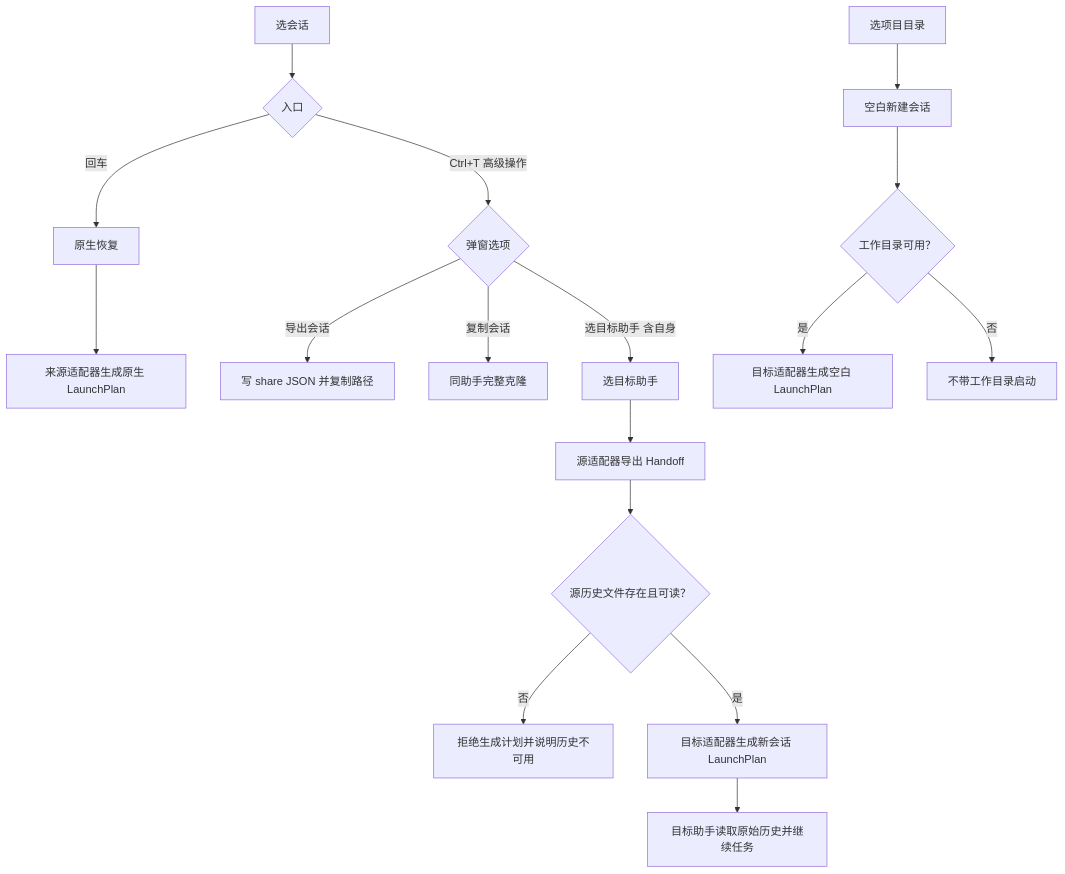
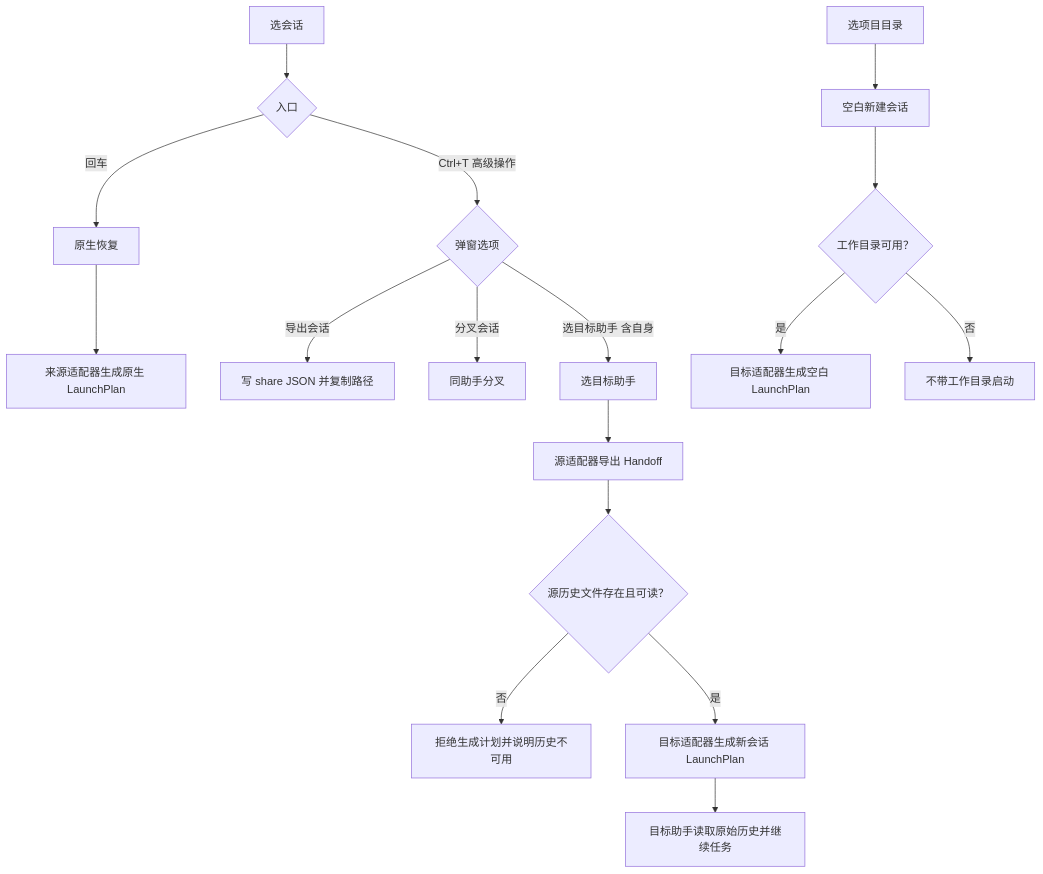
One commit to corral-dev/corral changed the diagram in docs/CROSS_RUNTIME_HANDOFF_KNOWLEDGE_BASE.md. Above: the diagram before and after it, drawn with Mermaid. The commit also changed other lines of this file and 18 other files, not shown here.

````diff
--- a/docs/CROSS_RUNTIME_HANDOFF_KNOWLEDGE_BASE.md
+++ b/docs/CROSS_RUNTIME_HANDOFF_KNOWLEDGE_BASE.md
@@ -35,20 +39,20 @@
 ```mermaid
 flowchart TD
     A[选会话] --> B{入口}
     B -- 回车 --> C[原生恢复]
     C --> D[来源适配器生成原生 LaunchPlan]
     B -- Ctrl+T 高级操作 --> P{弹窗选项}
     P -- 导出会话 --> Q[写 share JSON 并复制路径]
-    P -- 复制会话 --> R[同助手完整克隆]
+    P -- 分叉会话 --> R[同助手分叉]
     P -- 选目标助手 含自身 --> E[选目标助手]
     E --> F[源适配器导出 Handoff]
     F --> G{源历史文件存在且可读？}
     G -- 否 --> H[拒绝生成计划并说明历史不可用]
     G -- 是 --> I[目标适配器生成新会话 LaunchPlan]
     I --> J[目标助手读取原始历史并继续任务]
 
     K[选项目目录] --> L[空白新建会话]
     L --> M{工作目录可用？}
     M -- 是 --> N[目标适配器生成空白 LaunchPlan]
     M -- 否 --> O[不带工作目录启动]
 ```
````
